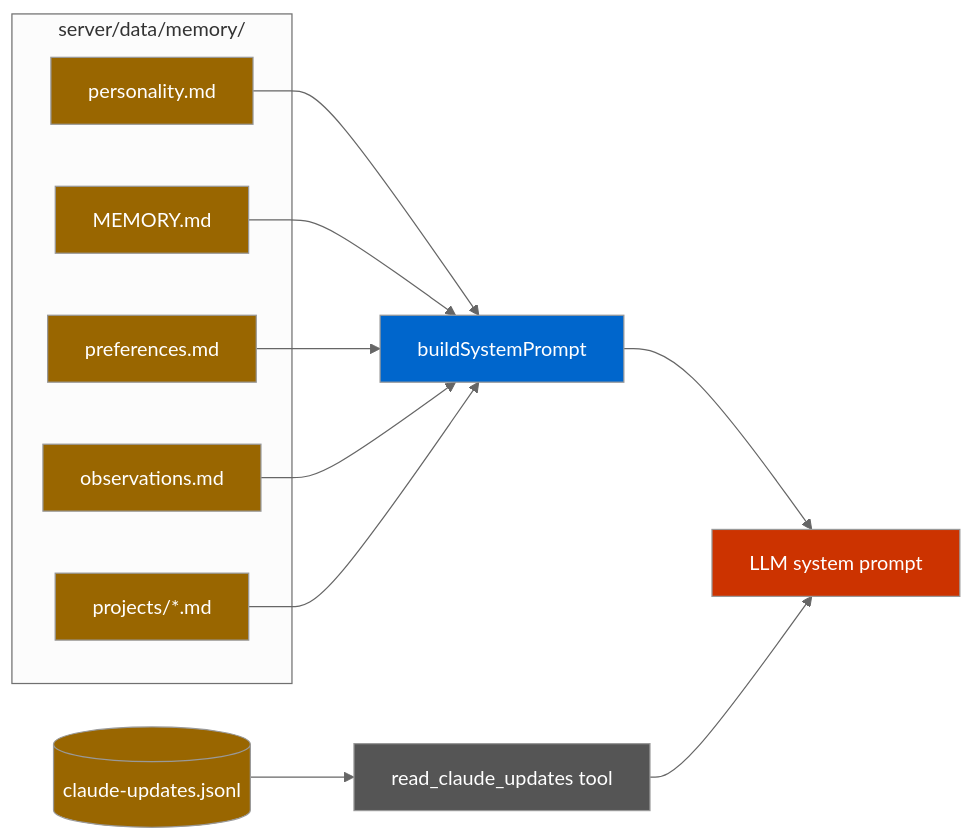
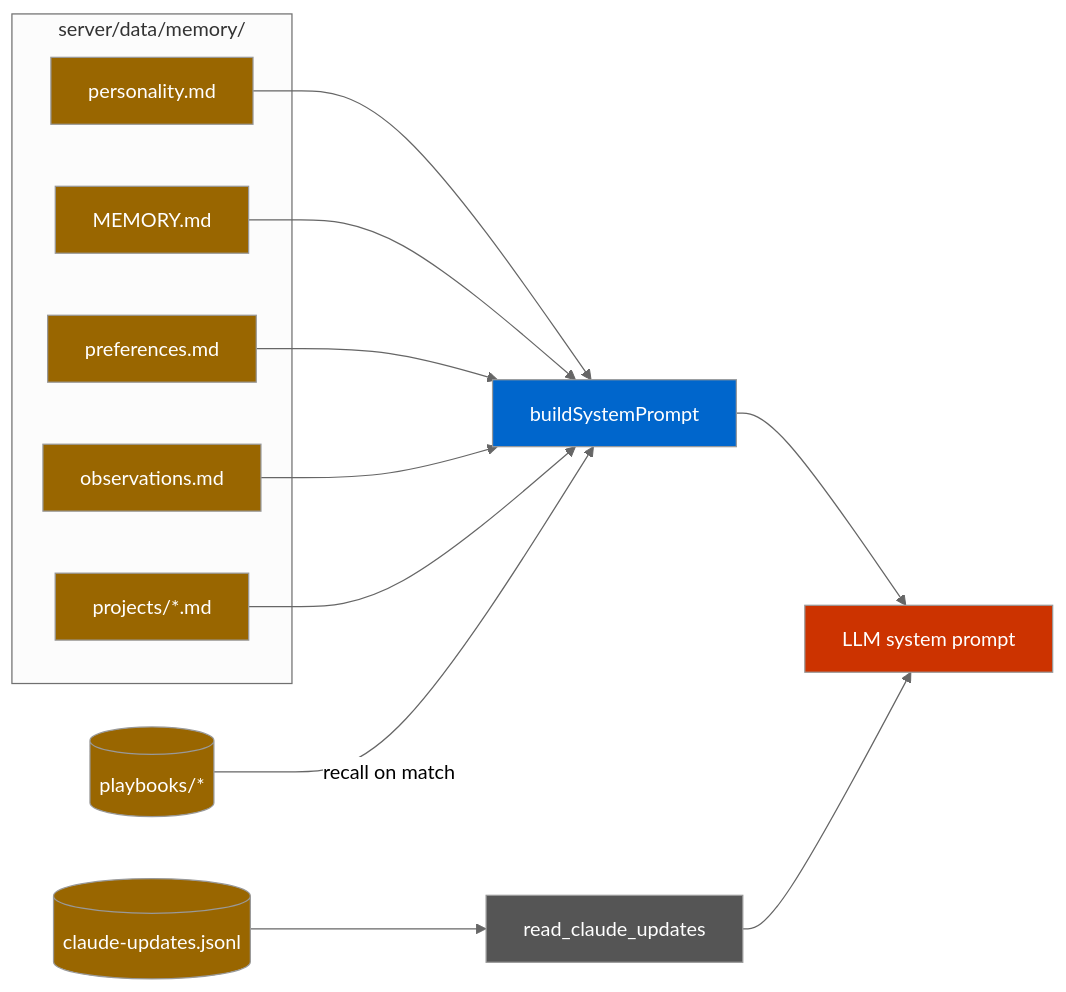
Before and after one commit to NikoloziGagua/AVA: the seventh of 7 diagrams in docs/ARCHITECTURE.md, drawn with Mermaid (neutral theme). The commit also changed other lines of this file and 10 other files, not shown here.

````diff
--- a/docs/ARCHITECTURE.md
+++ b/docs/ARCHITECTURE.md
@@ -475,24 +336,26 @@
 ```mermaid
 flowchart LR
   subgraph files["server/data/memory/"]
     pers[personality.md]:::data
     idx[MEMORY.md]:::data
     prefs[preferences.md]:::data
     obs[observations.md]:::data
     proj[projects/*.md]:::data
   end
   log[(claude-updates.jsonl)]:::data
+  pb[(playbooks/*)]:::data
   sp[buildSystemPrompt]:::server
   pers --> sp
   idx --> sp
   prefs --> sp
   obs --> sp
   proj --> sp
+  pb -->|recall on match| sp
   sp --> model[LLM system prompt]:::paid
-  log --> rcu[read_claude_updates tool]:::tool
+  log --> rcu[read_claude_updates]:::tool
   rcu --> model
   classDef data fill:#960,color:#fff
   classDef server fill:#06c,color:#fff
   classDef tool fill:#555,color:#fff
   classDef paid fill:#c30,color:#fff
 ```
````
